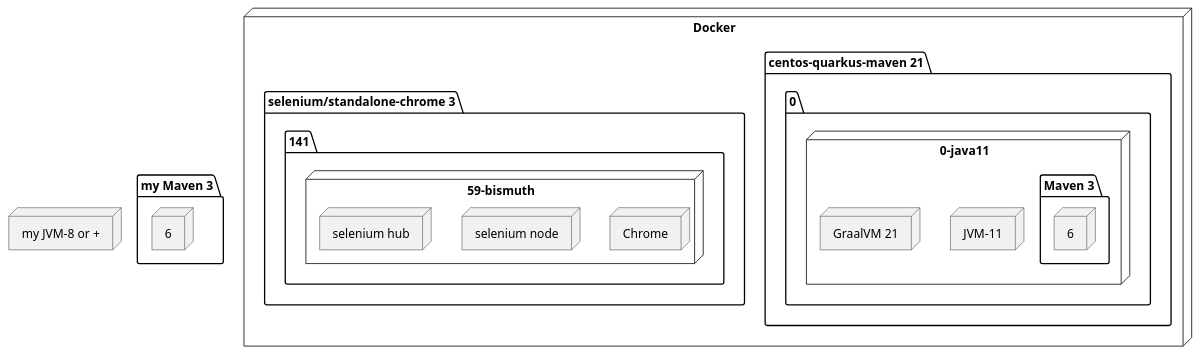
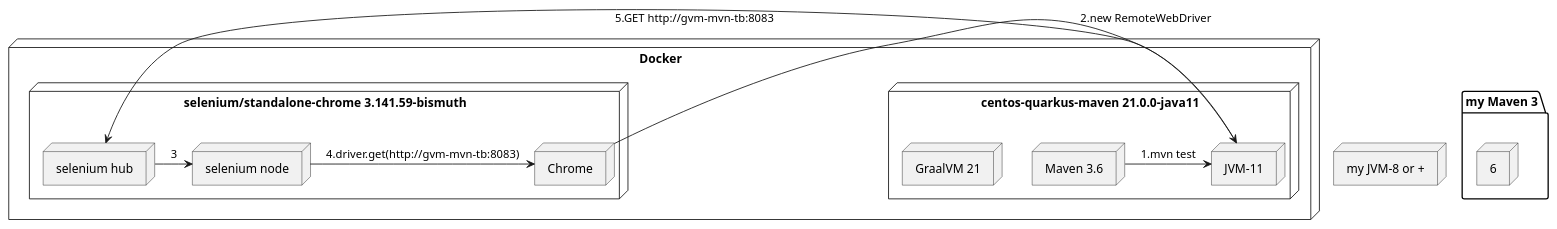
The first of 3 diagrams in README.adoc (jcsim1024/quarkus-vlille-demo), drawn with PlantUML before and after one commit. The commit also changed other lines of this file, not shown here.

```diff
--- a/README.adoc
+++ b/README.adoc
@@ -37,37 +42,46 @@
 [plantuml, vlille-demo-components, png]
 ....
 @startuml
 node "my JVM-8 or +" {
 
 }
 
 node "my Maven 3.6" {
 
 }
 
 node "Docker" {
-	node "centos-quarkus-maven 21.0.0-java11" {
-		node "JVM-11" {
+	node "centos-quarkus-maven 21.0.0-java11" as c {
+		node "JVM-11" as jvm {
 	
 		}
 		node "GraalVM 21" {
 		
 		}
-		node "Maven 3.6" {
+		node "Maven 3.6" as mvn {
 		
 		}
 	}
-	node  "selenium/standalone-chrome 3.141.59-bismuth"  {
-		node "Chrome" {
+	node  "selenium/standalone-chrome 3.141.59-bismuth" as gvm {
+		node "Chrome" as ch {
 		
 		}
-		node "selenium node" {
+		node "selenium node" as sel {
 		
 		}
-		node "selenium hub" {
+		node "selenium hub" as selhub {
 		
 		}
 	}
 }
+
+mvn -> jvm : 1.mvn test
+jvm -> selhub : 2.new RemoteWebDriver
+selhub -> sel : 3 
+sel -> ch : 4.driver.get(http://gvm-mvn-tb:8083)
+ch -left-> jvm  : 5.GET http://gvm-mvn-tb:8083
+
+
+
 @enduml
 ....
```
